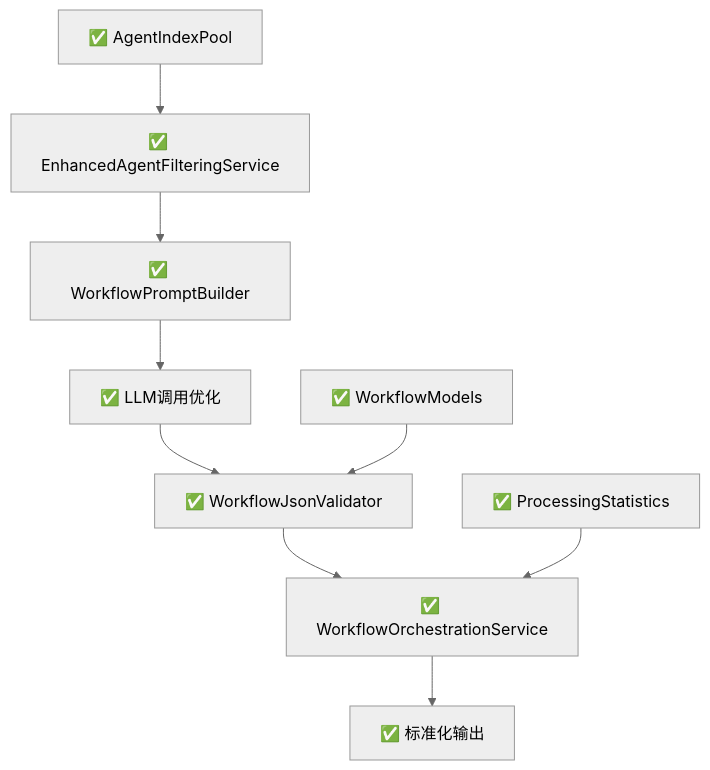
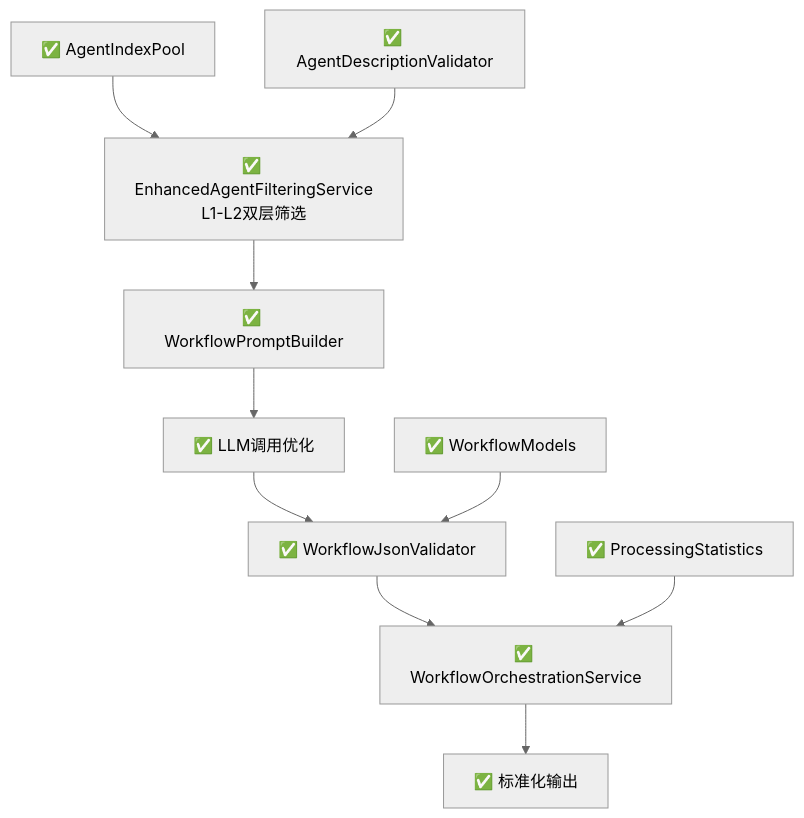
One commit to aevatarAI/aevatar-gagents changed the fifth of 5 diagrams in agent-workflow-optimization-guide.md. Above: the diagram before and after it, drawn with Mermaid (neutral theme). The commit also changed other lines of this file, not shown here.

First line of the commit message:
docs: Update comprehensive Agent workflow orchestration system technical documentation

````diff
--- a/agent-workflow-optimization-guide.md
+++ b/agent-workflow-optimization-guide.md
@@ -602,12 +826,13 @@
 ```mermaid
 graph TD
-    A[✅ EnhancedAgentFilteringService] --> B[✅ WorkflowPromptBuilder]
+    A[✅ EnhancedAgentFilteringService<br/>L1-L2双层筛选] --> B[✅ WorkflowPromptBuilder]
     B --> C[✅ LLM调用优化]
     C --> D[✅ WorkflowJsonValidator]
     D --> E[✅ WorkflowOrchestrationService]
     E --> F[✅ 标准化输出]
     
     G[✅ AgentIndexPool] --> A
     H[✅ ProcessingStatistics] --> E
     I[✅ WorkflowModels] --> D
+    J[✅ AgentDescriptionValidator] --> A
 ```
````
